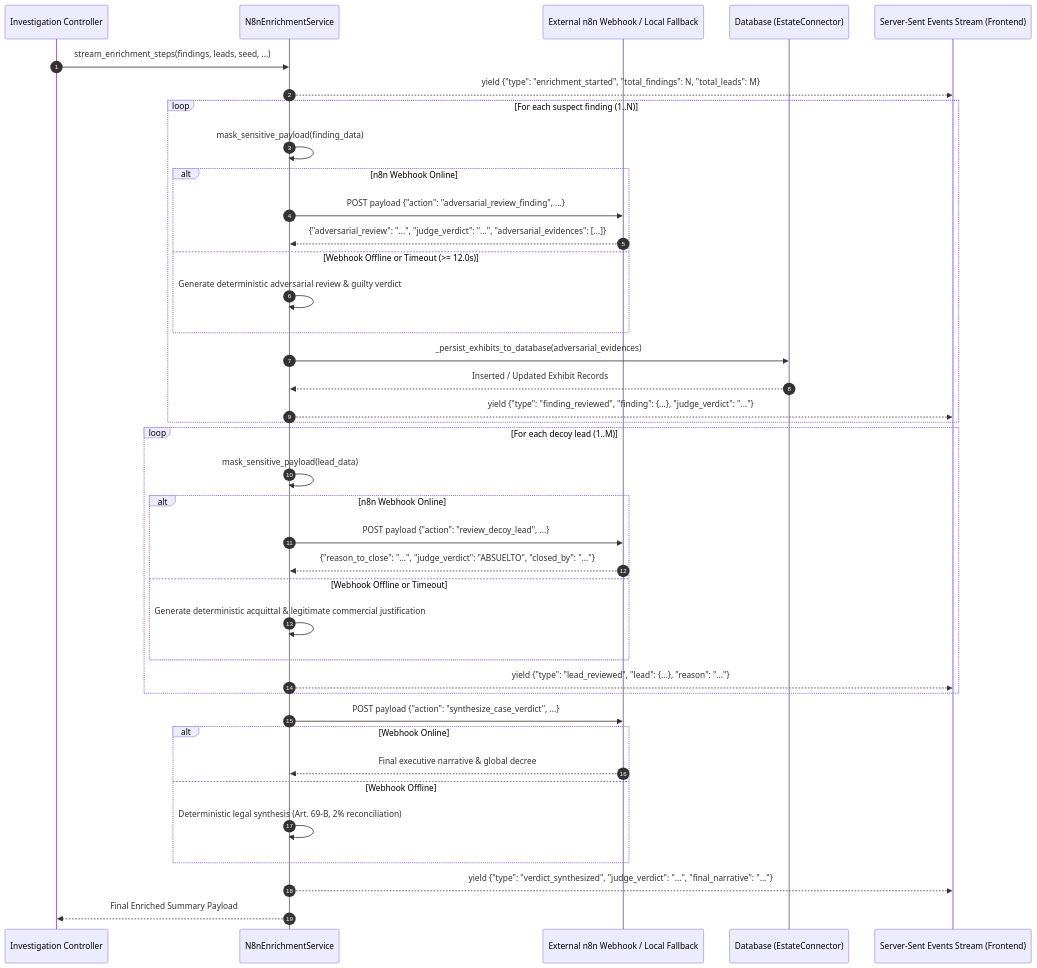
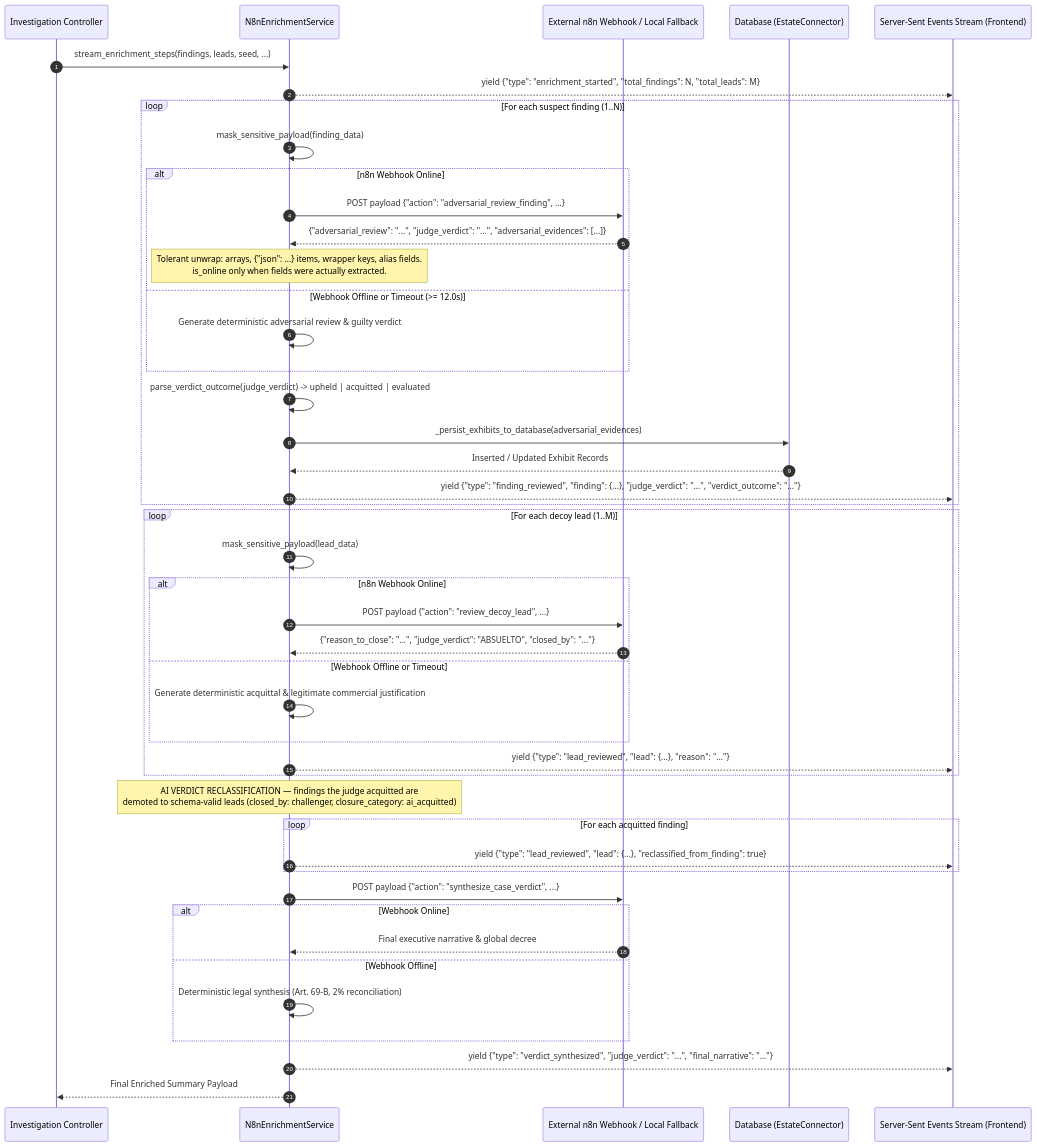
Before and after one commit to oscarvasquez28/HackMty2026-InfoSys: the third of 3 diagrams in doc/backend/orchestration-tools/README.md, drawn with Mermaid. The commit also changed 2 other files, not shown here.

Commit message:
docs: update ReAct agent tool execution flow and streaming contracts

````diff
--- a/doc/backend/orchestration-tools/README.md
+++ b/doc/backend/orchestration-tools/README.md
@@ -175,46 +175,53 @@
 ```mermaid
 sequenceDiagram
     autonumber
     participant Pipeline as Investigation Controller
     participant Service as N8nEnrichmentService
     participant Webhook as External n8n Webhook / Local Fallback
     participant DB as Database (EstateConnector)
     participant SSE as Server-Sent Events Stream (Frontend)
 
     Pipeline->>Service: stream_enrichment_steps(findings, leads, seed, ...)
     Service-->>SSE: yield {"type": "enrichment_started", "total_findings": N, "total_leads": M}
 
     loop For each suspect finding (1..N)
         Service->>Service: mask_sensitive_payload(finding_data)
         alt n8n Webhook Online
             Service->>Webhook: POST payload {"action": "adversarial_review_finding", ...}
             Webhook-->>Service: {"adversarial_review": "...", "judge_verdict": "...", "adversarial_evidences": [...]}
+            Note over Service: Tolerant unwrap: arrays, {"json": ...} items, wrapper keys, alias fields.<br/>is_online only when fields were actually extracted.
         else Webhook Offline or Timeout (>= 12.0s)
             Service->>Service: Generate deterministic adversarial review & guilty verdict
         end
+        Service->>Service: parse_verdict_outcome(judge_verdict) -> upheld | acquitted | evaluated
         Service->>DB: _persist_exhibits_to_database(adversarial_evidences)
         DB-->>Service: Inserted / Updated Exhibit Records
-        Service-->>SSE: yield {"type": "finding_reviewed", "finding": {...}, "judge_verdict": "..."}
+        Service-->>SSE: yield {"type": "finding_reviewed", "finding": {...}, "judge_verdict": "...", "verdict_outcome": "..."}
     end
 
     loop For each decoy lead (1..M)
         Service->>Service: mask_sensitive_payload(lead_data)
         alt n8n Webhook Online
             Service->>Webhook: POST payload {"action": "review_decoy_lead", ...}
             Webhook-->>Service: {"reason_to_close": "...", "judge_verdict": "ABSUELTO", "closed_by": "..."}
         else Webhook Offline or Timeout
             Service->>Service: Generate deterministic acquittal & legitimate commercial justification
         end
         Service-->>SSE: yield {"type": "lead_reviewed", "lead": {...}, "reason": "..."}
     end
 
+    Note over Service: AI VERDICT RECLASSIFICATION — findings the judge acquitted are<br/>demoted to schema-valid leads (closed_by: challenger, closure_category: ai_acquitted)
+    loop For each acquitted finding
+        Service-->>SSE: yield {"type": "lead_reviewed", "lead": {...}, "reclassified_from_finding": true}
+    end
+
     Service->>Webhook: POST payload {"action": "synthesize_case_verdict", ...}
     alt Webhook Online
         Webhook-->>Service: Final executive narrative & global decree
     else Webhook Offline
         Service->>Service: Deterministic legal synthesis (Art. 69-B, 2% reconciliation)
     end
 
     Service-->>SSE: yield {"type": "verdict_synthesized", "judge_verdict": "...", "final_narrative": "..."}
     Service-->>Pipeline: Final Enriched Summary Payload
 ```
````
